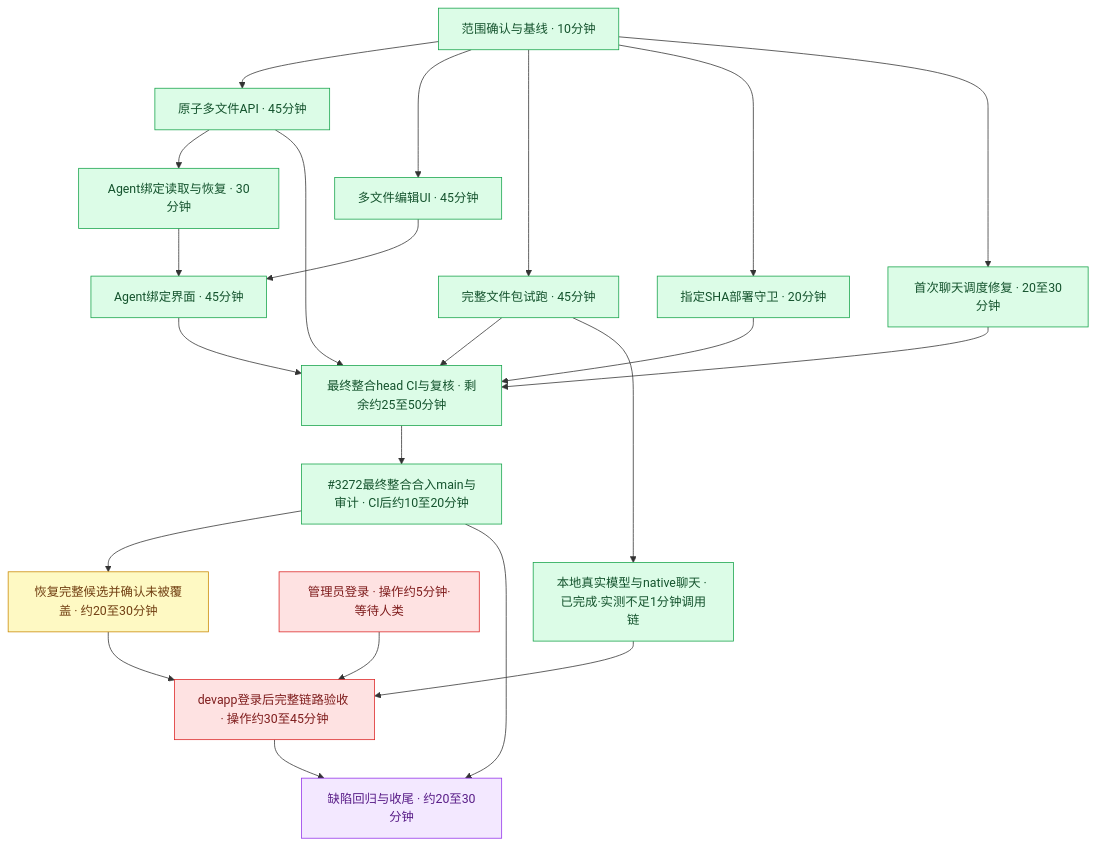
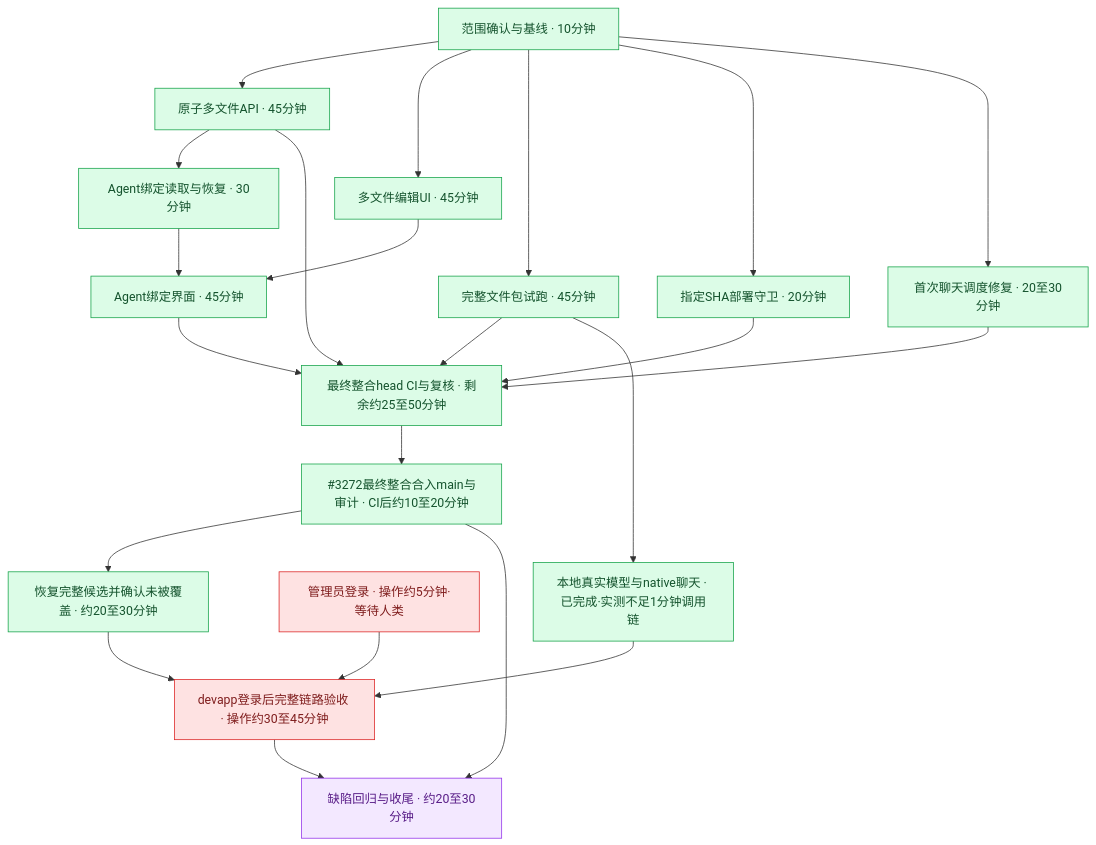
The diagram in docs/delivery/skill-multifile-five-hour-2026-09-10.md (boardx/workspacex), drawn with Mermaid before and after one commit. The commit also changed other lines of this file and 3 other files, not shown here.

````diff
--- a/docs/delivery/skill-multifile-five-hour-2026-09-10.md
+++ b/docs/delivery/skill-multifile-five-hour-2026-09-10.md
@@ -41,35 +41,35 @@
 ```mermaid
 flowchart TD
  A[范围确认与基线 · 10分钟] --> B[原子多文件API · 45分钟]
  A --> C[多文件编辑UI · 45分钟]
  A --> D[完整文件包试跑 · 45分钟]
  A --> E[指定SHA部署守卫 · 20分钟]
  B --> F[Agent绑定读取与恢复 · 30分钟]
  C --> G[Agent绑定界面 · 45分钟]
  F --> G
  B --> H[最终整合head CI与复核 · 剩余约25至50分钟]
  D --> H
  E --> H
  G --> H
  A --> Q[首次聊天调度修复 · 20至30分钟]
  Q --> H
  R --> I[恢复完整候选并确认未被覆盖 · 约20至30分钟]
  L[管理员登录 · 操作约5分钟·等待人类] --> J[devapp登录后完整链路验收 · 操作约30至45分钟]
  I --> J
  J --> K[缺陷回归与收尾 · 约20至30分钟]
  D --> M[本地真实模型与native聊天 · 已完成·实测不足1分钟调用链]
  M --> J
  H --> R[#3272最终整合合入main与审计 · CI后约10至20分钟]
  R --> K
  classDef done fill:#dcfce7,stroke:#16a34a,color:#14532d
  classDef active fill:#fef9c3,stroke:#ca8a04,color:#713f12
  classDef blocked fill:#fee2e2,stroke:#dc2626,color:#7f1d1d
  classDef pending fill:#f3e8ff,stroke:#9333ea,color:#581c87
  class A,B,C,D,E,F,G done
  class Q,M done
  class H done
  class R done
  class L,J blocked
- class I active
+ class I done
  class K pending
 ```
````
